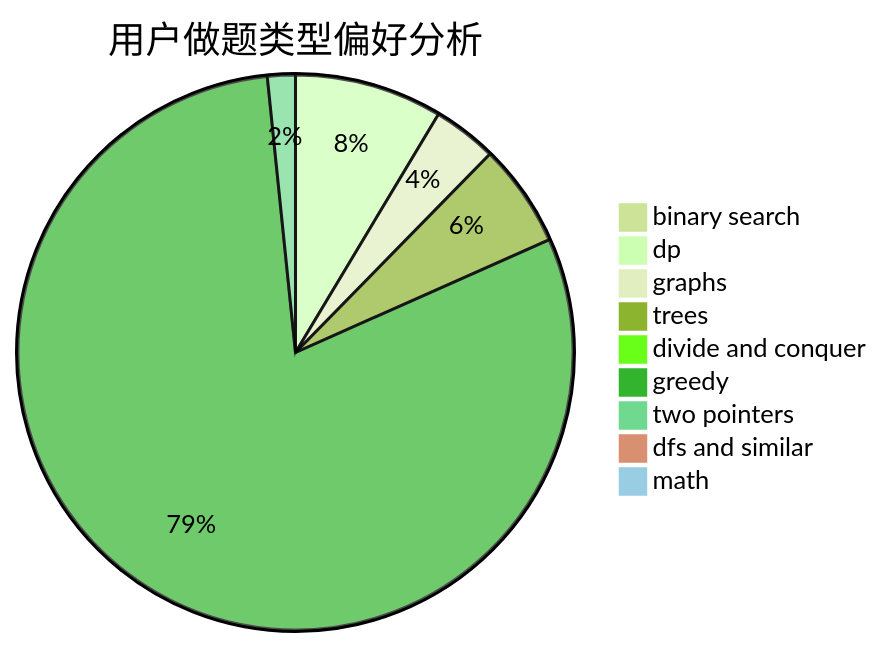
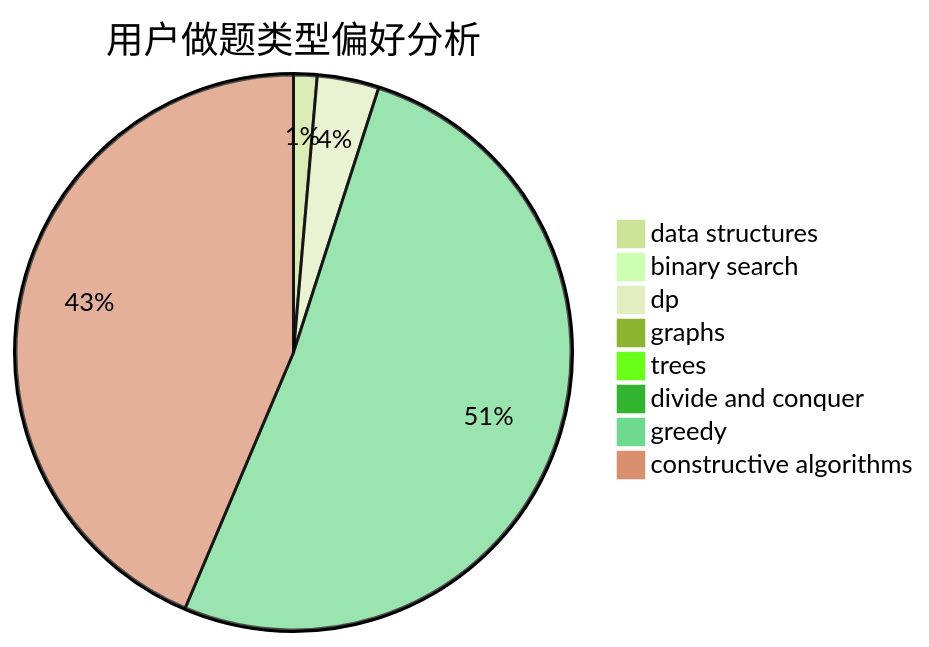
Before and after one commit to sherpahu/cfrs.github.io: the second of 3 diagrams in docs/user/u661.md, drawn with Mermaid (forest theme). The commit also changed other lines of this file and 2775 other files, not shown here.

````diff
--- a/docs/user/u661.md
+++ b/docs/user/u661.md
@@ -23,12 +23,11 @@
 ```mermaid
 pie title 用户做题类型偏好分析
-    "binary search" :  3
-    "dp" :  53
-    "graphs" :  23
-    "trees" :  37
-    "divide and conquer" :  5
-    "greedy" :  493
-    "two pointers" :  10
-    "dfs and similar" :  1
-    "math" :  1
+    "data structures" :  11
+    "binary search" :  2
+    "dp" :  29
+    "graphs" :  3
+    "trees" :  5
+    "divide and conquer" :  0
+    "greedy" :  415
+    "constructive algorithms" :  352
 ```
````
